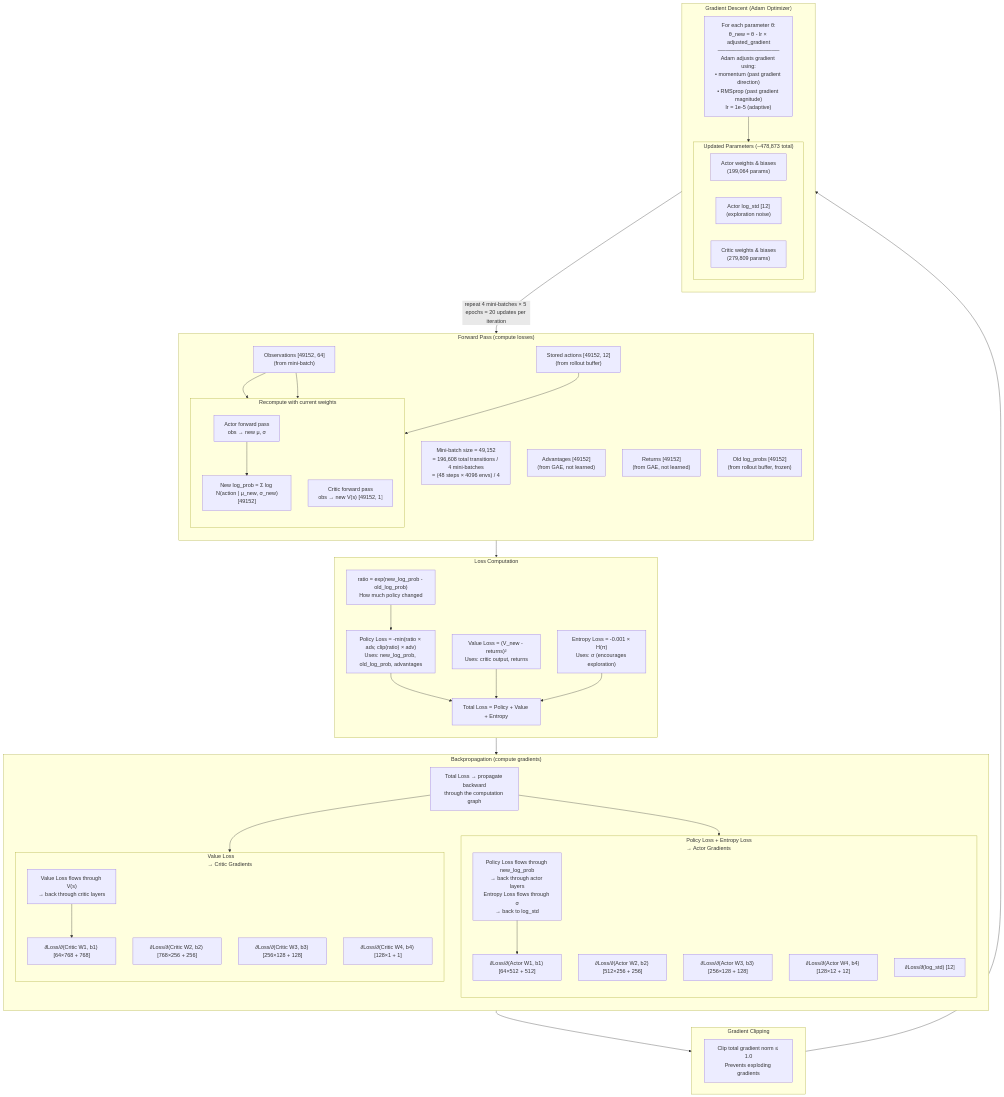
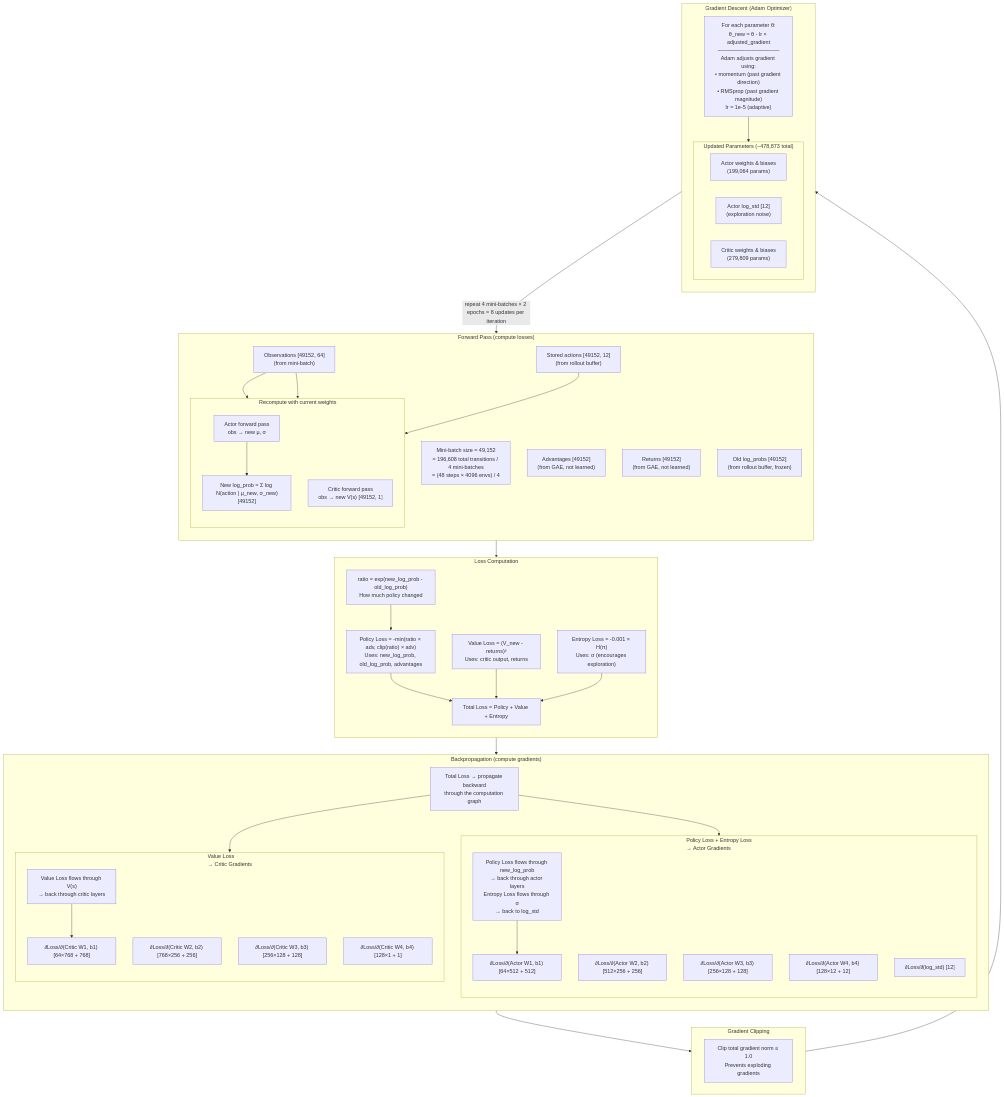
The sixth of 9 diagrams in docs/PPO_NETWORK.md (armmarov/armrobot), drawn with Mermaid before and after one commit. The commit also changed other lines of this file and 2 other files, not shown here.

First line of the commit message:
Run 21: Match EngineAI num_learning_epochs=2 to fix value loss spikes

````diff
--- a/docs/PPO_NETWORK.md
+++ b/docs/PPO_NETWORK.md
@@ -219,81 +219,81 @@
 ```mermaid
 flowchart TB
     subgraph FORWARD["Forward Pass (compute losses)"]
         direction TB
         F_NOTE["Mini-batch size = 49,152<br/>= 196,608 total transitions / 4 mini-batches<br/>= (48 steps × 4096 envs) / 4"]
         F_OBS["Observations [49152, 64]<br/>(from mini-batch)"]
         F_ACT["Stored actions [49152, 12]<br/>(from rollout buffer)"]
         F_ADV["Advantages [49152]<br/>(from GAE, not learned)"]
         F_RET["Returns [49152]<br/>(from GAE, not learned)"]
         F_OLDLP["Old log_probs [49152]<br/>(from rollout buffer, frozen)"]
 
         subgraph RECOMPUTE["Recompute with current weights"]
             direction TB
             R_ACTOR["Actor forward pass<br/>obs → new μ, σ"]
             R_NEWLP["New log_prob = Σ log N(action | μ_new, σ_new)<br/>[49152]"]
             R_CRITIC["Critic forward pass<br/>obs → new V(s) [49152, 1]"]
             R_ACTOR --> R_NEWLP
         end
 
         F_OBS --> R_ACTOR
         F_OBS --> R_CRITIC
         F_ACT --> R_NEWLP
     end
 
     subgraph LOSS["Loss Computation"]
         direction TB
         L_RATIO["ratio = exp(new_log_prob - old_log_prob)<br/>How much policy changed"]
         L_POLICY["Policy Loss = -min(ratio × adv, clip(ratio) × adv)<br/>Uses: new_log_prob, old_log_prob, advantages"]
         L_VALUE["Value Loss = (V_new - returns)²<br/>Uses: critic output, returns"]
         L_ENTROPY["Entropy Loss = -0.001 × H(π)<br/>Uses: σ (encourages exploration)"]
         L_TOTAL["Total Loss = Policy + Value + Entropy"]
         L_RATIO --> L_POLICY --> L_TOTAL
         L_VALUE --> L_TOTAL
         L_ENTROPY --> L_TOTAL
     end
 
     subgraph BACKWARD["Backpropagation (compute gradients)"]
         direction TB
         B1["Total Loss → propagate backward<br/>through the computation graph"]
         subgraph ACTOR_GRAD["Policy Loss + Entropy Loss<br/>→ Actor Gradients"]
             direction TB
             AG_NOTE["Policy Loss flows through new_log_prob<br/>→ back through actor layers<br/>Entropy Loss flows through σ<br/>→ back to log_std"]
             AG1["∂Loss/∂(Actor W1, b1) [64×512 + 512]"]
             AG2["∂Loss/∂(Actor W2, b2) [512×256 + 256]"]
             AG3["∂Loss/∂(Actor W3, b3) [256×128 + 128]"]
             AG4["∂Loss/∂(Actor W4, b4) [128×12 + 12]"]
             AG5["∂Loss/∂(log_std) [12]"]
             AG_NOTE --> AG1
         end
         subgraph CRITIC_GRAD["Value Loss<br/>→ Critic Gradients"]
             direction TB
             CG_NOTE["Value Loss flows through V(s)<br/>→ back through critic layers"]
             CG1["∂Loss/∂(Critic W1, b1) [64×768 + 768]"]
             CG2["∂Loss/∂(Critic W2, b2) [768×256 + 256]"]
             CG3["∂Loss/∂(Critic W3, b3) [256×128 + 128]"]
             CG4["∂Loss/∂(Critic W4, b4) [128×1 + 1]"]
             CG_NOTE --> CG1
         end
         B1 --> ACTOR_GRAD
         B1 --> CRITIC_GRAD
     end
 
     subgraph CLIP_GRAD["Gradient Clipping"]
         GC["Clip total gradient norm ≤ 1.0<br/>Prevents exploding gradients"]
     end
 
     subgraph UPDATE["Gradient Descent (Adam Optimizer)"]
         direction TB
         U1["For each parameter θ:<br/>θ_new = θ - lr × adjusted_gradient<br/>────────────────<br/>Adam adjusts gradient using:<br/>• momentum (past gradient direction)<br/>• RMSprop (past gradient magnitude)<br/>lr = 1e-5 (adaptive)"]
         subgraph UPDATED["Updated Parameters (~478,873 total)"]
             direction LR
             UP1["Actor weights & biases<br/>(199,064 params)"]
             UP2["Actor log_std [12]<br/>(exploration noise)"]
             UP3["Critic weights & biases<br/>(279,809 params)"]
         end
         U1 --> UPDATED
     end
 
     FORWARD --> LOSS --> BACKWARD --> CLIP_GRAD --> UPDATE
-    UPDATE -->|"repeat 4 mini-batches × 5 epochs = 20 updates per iteration"| FORWARD
+    UPDATE -->|"repeat 4 mini-batches × 2 epochs = 8 updates per iteration"| FORWARD
 ```
````
